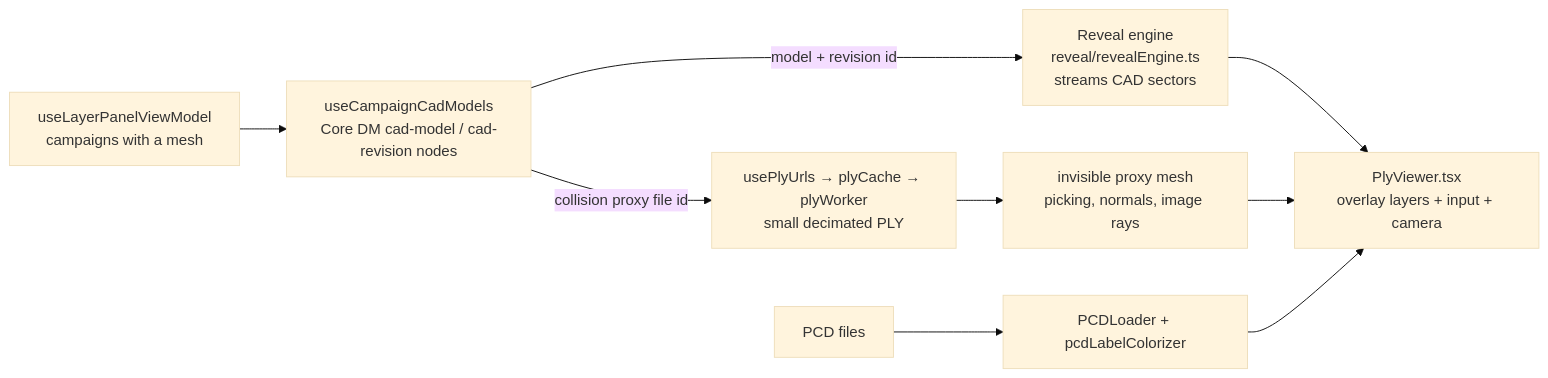
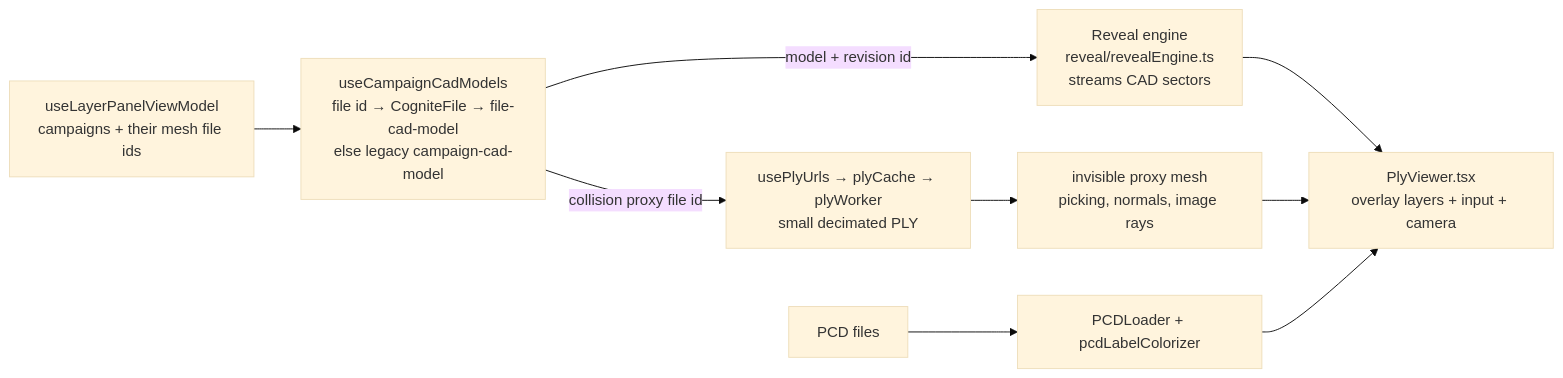
One commit to cognitedata/autoassess-ui-dss-open-project changed the diagram in docs/tutorial/05-web-viewer.md. Above: the diagram before and after it, drawn with Mermaid (base theme). The commit also changed other lines of this file and 6 other files, not shown here.

First line of the commit message:
Docs: automatic robot -> CDF loop, per-file 3D models, dss worker, editable campaigns

````diff
--- a/docs/tutorial/05-web-viewer.md
+++ b/docs/tutorial/05-web-viewer.md
@@ -56,11 +69,11 @@
 ```mermaid
 flowchart LR
-  A[useLayerPanelViewModel<br/>campaigns with a mesh] --> B[useCampaignCadModels<br/>Core DM cad-model / cad-revision nodes]
+  A[useLayerPanelViewModel<br/>campaigns + their mesh file ids] --> B[useCampaignCadModels<br/>file id → CogniteFile → file-cad-model<br/>else legacy campaign-cad-model]
   B -->|model + revision id| R[Reveal engine<br/>reveal/revealEngine.ts<br/>streams CAD sectors]
   B -->|collision proxy file id| C[usePlyUrls → plyCache → plyWorker<br/>small decimated PLY]
   C --> P[invisible proxy mesh<br/>picking, normals, image rays]
   L[PCD files] --> G[PCDLoader + pcdLabelColorizer]
   R --> V[PlyViewer.tsx<br/>overlay layers + input + camera]
   P --> V
   G --> V
 ```
````
